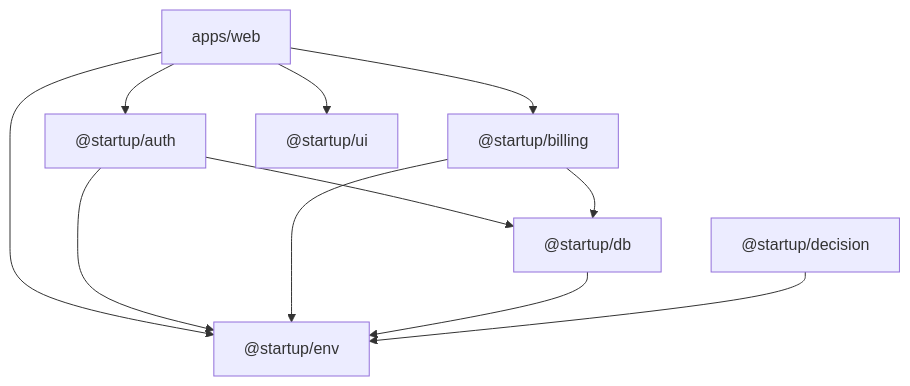
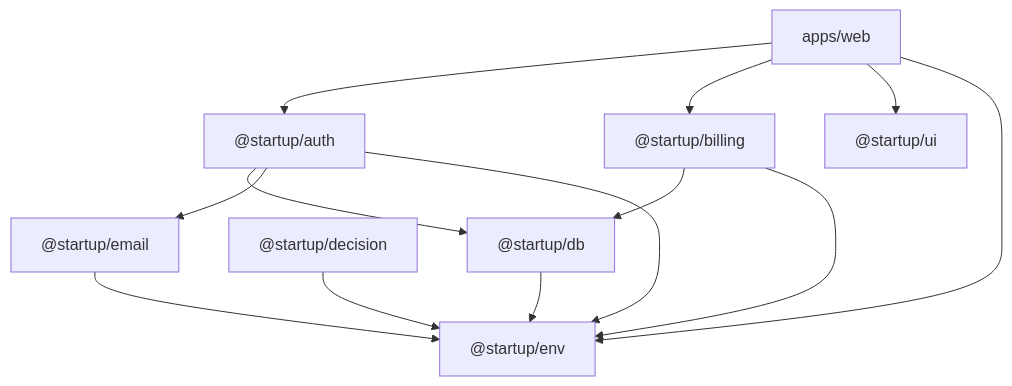
The fourth of 4 diagrams in README.md (allen-padilla/startup-template), drawn with Mermaid before and after one commit. The commit also changed other lines of this file and 26 other files, not shown here.

First line of the commit message:
feat(auth): send password reset and verification email

````diff
--- a/README.md
+++ b/README.md
@@ -713,21 +719,24 @@
 ```mermaid
 flowchart TD
   web["apps/web"]
   auth["@startup/auth"]
   billing["@startup/billing"]
   ui["@startup/ui"]
   db["@startup/db"]
   decision["@startup/decision"]
+  email["@startup/email"]
   env["@startup/env"]
 
   web --> auth
   web --> billing
   web --> ui
   web --> env
   auth --> db
+  auth --> email
   auth --> env
   billing --> db
   billing --> env
   db --> env
   decision --> env
+  email --> env
 ```
````
